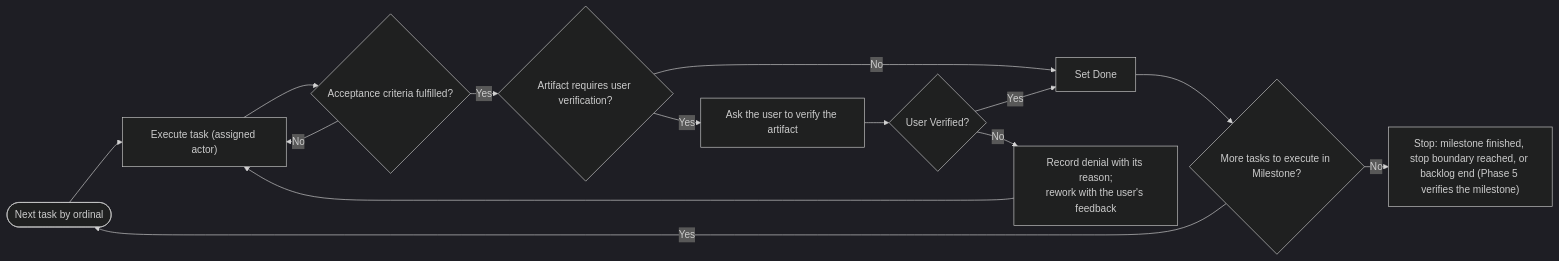
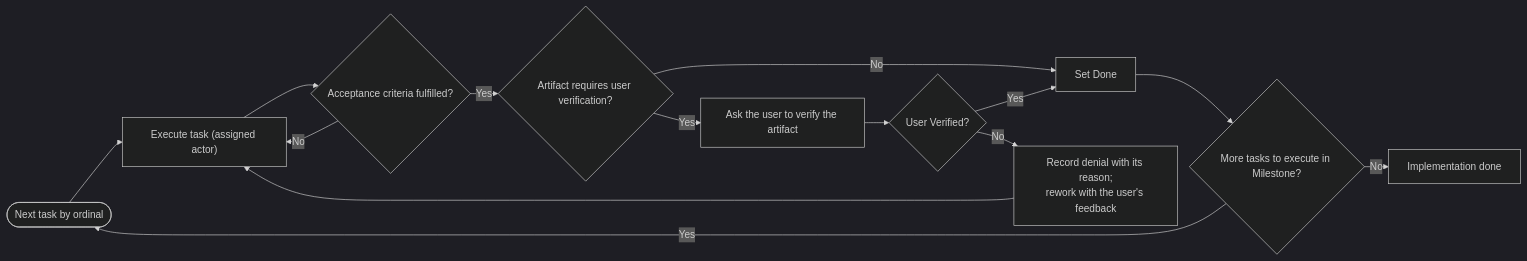
One commit to lyndametref/opencode-dev-workflow changed the diagram in workflows/orchestrator/4-Implementation.md. Above: the diagram before and after it, drawn with Mermaid (dark theme). The commit also changed other lines of this file and 1 other file, not shown here.

````diff
--- a/workflows/orchestrator/4-Implementation.md
+++ b/workflows/orchestrator/4-Implementation.md
@@ -28,17 +28,17 @@
 ```mermaid
 %%{init: {"flowchart": {"nodeSpacing": 10, "rankSpacing": 18}}}%%
 flowchart LR
     SEL([Next task by ordinal]) --> RUN["Execute task (assigned actor)"]
     RUN --> AC{"Acceptance criteria fulfilled?"}
     AC -->|"No"| RUN
     AC -->|"Yes"| NEED{"Artifact requires user verification?"}
     NEED -->|"No"| DONE["Set Done"]
     NEED -->|"Yes"| ASK["Ask the user to verify the artifact"]
     ASK --> VOK{"User Verified?"}
     VOK -->|"No"| REWORK["Record denial with its reason;<br/>rework with the user's feedback"]
     REWORK --> RUN
     VOK -->|"Yes"| DONE
     DONE --> MORE{"More tasks to execute in Milestone?"}
     MORE -->|"Yes"| SEL
-    MORE -->|"No"| STOP["Stop: milestone finished, stop boundary reached, or backlog end (Phase 5 verifies the milestone)"]
+    MORE -->|"No"| STOP["Implementation done"]
 ```
````
